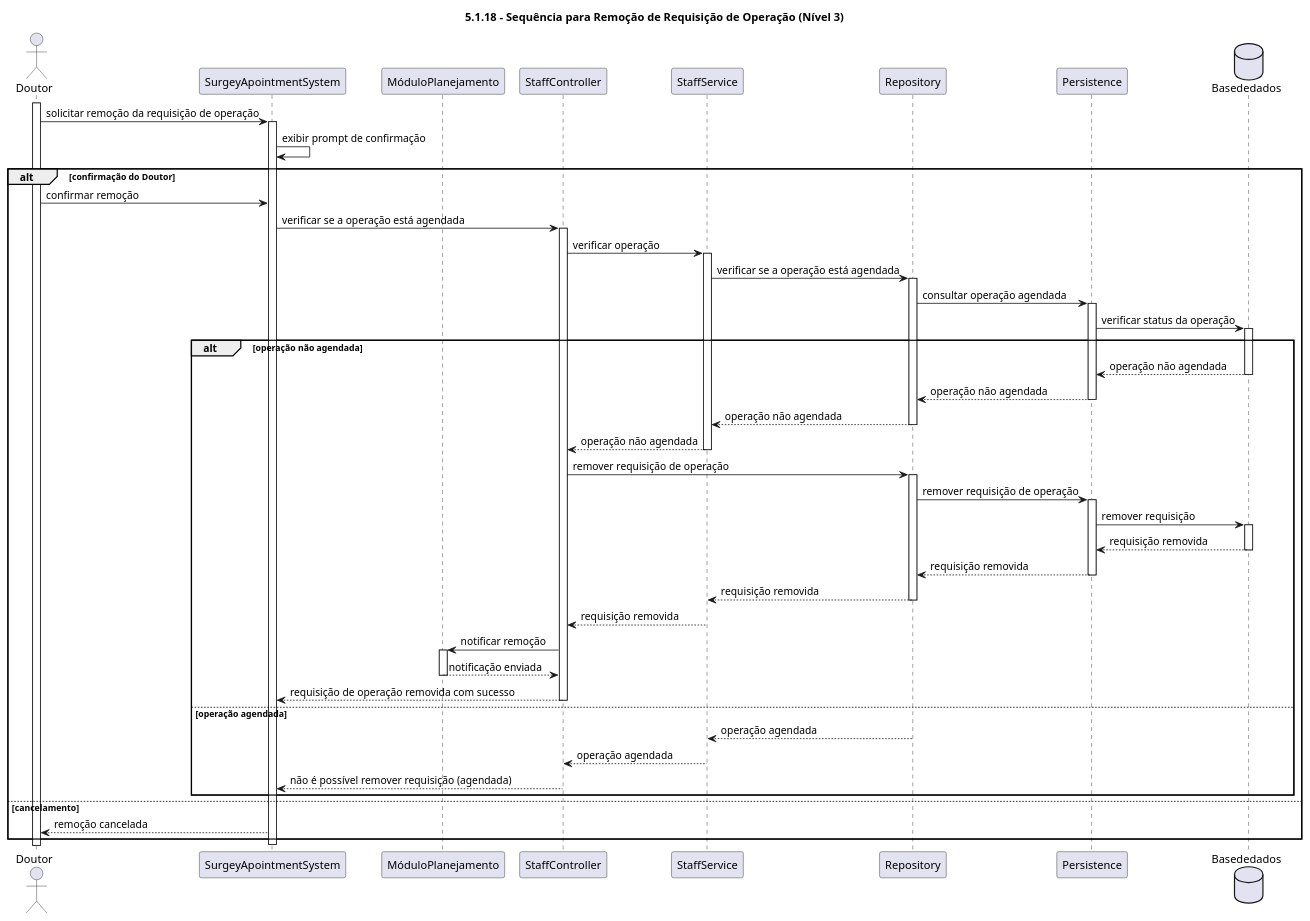
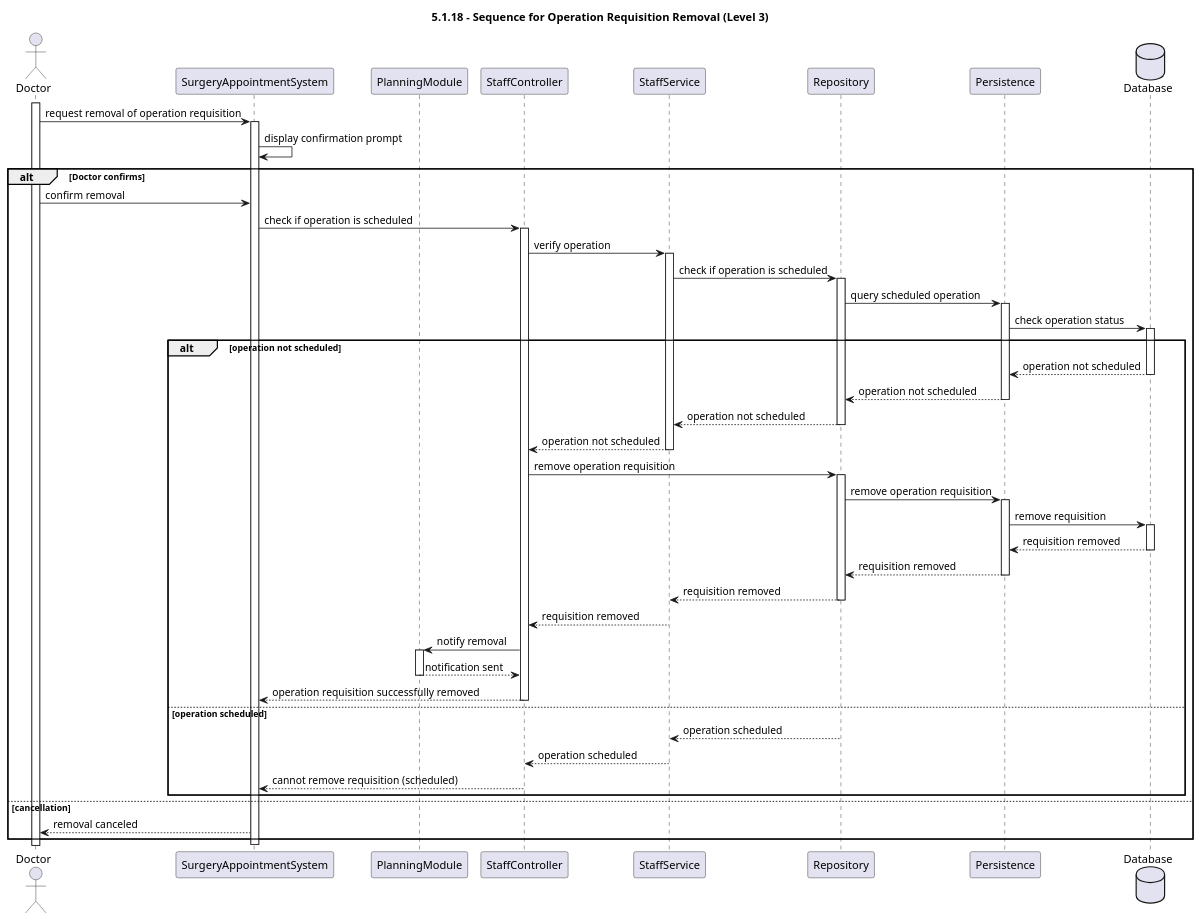
Before and after one commit to MateusCabral2004/sem5pi: the diagram in docs/Sprint 1/US 5.1.18/SequenceDiagram/Level3/SequenceDiagram.puml, drawn with PlantUML. The commit also changed 7 other files, not shown here.

```diff
--- a/docs/Sprint 1/US 5.1.18/SequenceDiagram/Level3/SequenceDiagram.puml
+++ b/docs/Sprint 1/US 5.1.18/SequenceDiagram/Level3/SequenceDiagram.puml
@@ -1,94 +1,91 @@
 @startuml
-title 5.1.18 - Sequência para Remoção de Requisição de Operação (Nível 3)
+title 5.1.18 - Sequence for Operation Requisition Removal (Level 3)
 
-actor Doutor
-participant SurgeyApointmentSystem
-participant MóduloPlanejamento
+actor Doctor
+participant SurgeryAppointmentSystem
+participant PlanningModule
 participant StaffController
 participant StaffService
 participant Repository
 participant Persistence
-database Basededados
+database Database
 
-activate Doutor
+activate Doctor
 
-Doutor -> SurgeyApointmentSystem: solicitar remoção da requisição de operação
-activate SurgeyApointmentSystem
+Doctor -> SurgeryAppointmentSystem: request removal of operation requisition
+activate SurgeryAppointmentSystem
 
-SurgeyApointmentSystem -> SurgeyApointmentSystem: exibir prompt de confirmação
+SurgeryAppointmentSystem -> SurgeryAppointmentSystem: display confirmation prompt
 
-alt confirmação do Doutor
+alt Doctor confirms
+    Doctor -> SurgeryAppointmentSystem: confirm removal
 
-
-    Doutor -> SurgeyApointmentSystem: confirmar remoção
-
-    SurgeyApointmentSystem -> StaffController: verificar se a operação está agendada
+    SurgeryAppointmentSystem -> StaffController: check if operation is scheduled
     activate StaffController
 
-    StaffController -> StaffService: verificar operação
+    StaffController -> StaffService: verify operation
     activate StaffService
 
-    StaffService -> Repository: verificar se a operação está agendada
+    StaffService -> Repository: check if operation is scheduled
     activate Repository
 
-    Repository -> Persistence: consultar operação agendada
+    Repository -> Persistence: query scheduled operation
     activate Persistence
 
-    Persistence -> Basededados: verificar status da operação
-    alt operação não agendada        
-    activate Basededados
+    Persistence -> Database: check operation status
+    alt operation not scheduled        
+        activate Database
 
-    Basededados --> Persistence: operação não agendada
-    deactivate Basededados
+        Database --> Persistence: operation not scheduled
+        deactivate Database
 
-    Persistence --> Repository: operação não agendada
-    deactivate Persistence
+        Persistence --> Repository: operation not scheduled
+        deactivate Persistence
 
-    Repository --> StaffService: operação não agendada
-    deactivate Repository
+        Repository --> StaffService: operation not scheduled
+        deactivate Repository
 
-    StaffService --> StaffController: operação não agendada
-    deactivate StaffService
+        StaffService --> StaffController: operation not scheduled
+        deactivate StaffService
 
-    StaffController -> Repository: remover requisição de operação
-    activate Repository
+        StaffController -> Repository: remove operation requisition
+        activate Repository
 
-    Repository -> Persistence: remover requisição de operação
-    activate Persistence
+        Repository -> Persistence: remove operation requisition
+        activate Persistence
 
-    Persistence -> Basededados: remover requisição
-    activate Basededados
+        Persistence -> Database: remove requisition
+        activate Database
 
-    Basededados --> Persistence: requisição removida
-    deactivate Basededados
+        Database --> Persistence: requisition removed
+        deactivate Database
 
-    Persistence --> Repository: requisição removida
-    deactivate Persistence
+        Persistence --> Repository: requisition removed
+        deactivate Persistence
 
-    Repository --> StaffService: requisição removida
-    deactivate Repository
+        Repository --> StaffService: requisition removed
+        deactivate Repository
 
-    StaffService --> StaffController: requisição removida
-    deactivate StaffService
+        StaffService --> StaffController: requisition removed
+        deactivate StaffService
 
-    StaffController -> MóduloPlanejamento: notificar remoção
+        StaffController -> PlanningModule: notify removal
+        activate PlanningModule
+        PlanningModule --> StaffController: notification sent
+        deactivate PlanningModule
 
-    activate MóduloPlanejamento
-    MóduloPlanejamento --> StaffController: notificação enviada
-    deactivate MóduloPlanejamento
-
-    StaffController --> SurgeyApointmentSystem: requisição de operação removida com sucesso
-    deactivate StaffController
-else operação agendada
-    Repository --> StaffService: operação agendada
-    deactivate Repository
-    StaffService --> StaffController: operação agendada
-    deactivate StaffService
-    StaffController --> SurgeyApointmentSystem: não é possível remover requisição (agendada)
-end
-else cancelamento
-    SurgeyApointmentSystem --> Doutor: remoção cancelada
+        StaffController --> SurgeryAppointmentSystem: operation requisition successfully removed
+        deactivate StaffController
+    else operation scheduled
+        Repository --> StaffService: operation scheduled
+        deactivate Repository
+        StaffService --> StaffController: operation scheduled
+        deactivate StaffService
+        StaffController --> SurgeryAppointmentSystem: cannot remove requisition (scheduled)
+    end
+else cancellation
+    SurgeryAppointmentSystem --> Doctor: removal canceled
 end
 
-deactivate SurgeyApointmentSystem
+deactivate SurgeryAppointmentSystem
 @enduml
```
